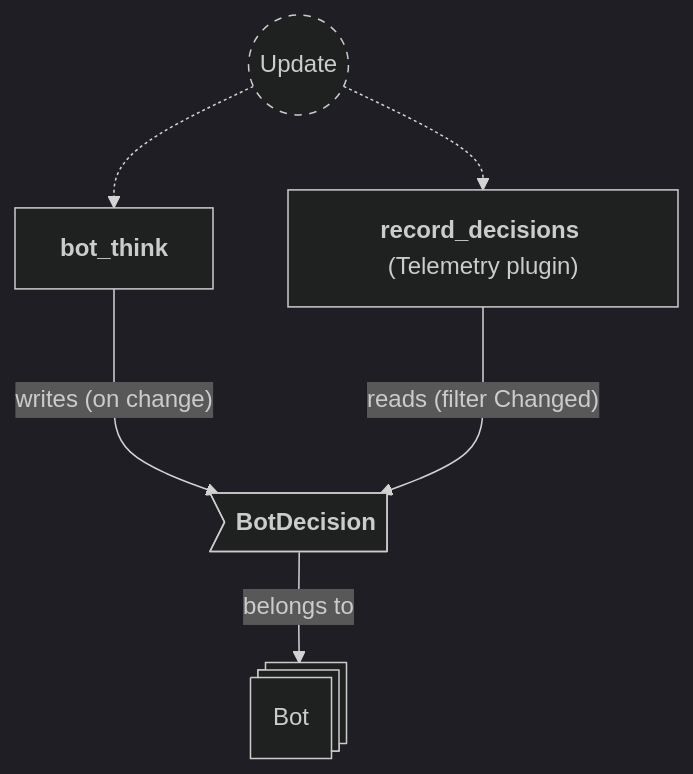
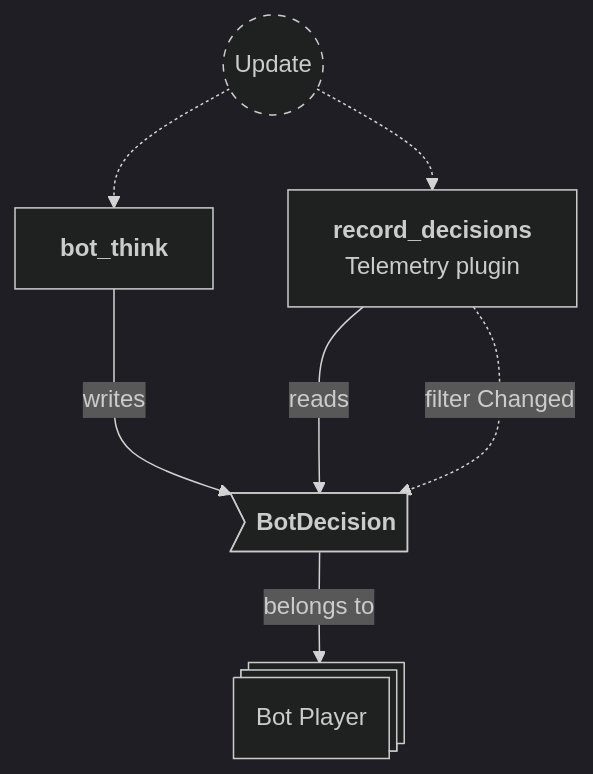
The tenth of 10 diagrams in backlog/docs/doc-20 - 018-Bot-plugin.md (neurosoup/tyled), drawn with Mermaid before and after one commit. The commit also changed other lines of this file, not shown here.

Commit message:
Docs: update doc-20 bot plugin to code and simplify text

````diff
--- a/backlog/docs/doc-20 - 018-Bot-plugin.md
+++ b/backlog/docs/doc-20 - 018-Bot-plugin.md
@@ -365,23 +393,25 @@
 ```mermaid
 ---
 config:
   theme: dark
 ---
 
 flowchart TD
 classDef system-group stroke-dasharray: 5 5
 
 update(("`Update`")):::system-group
 bot_think["`**bot_think**`"]
-record_decisions["`**record_decisions** (Telemetry plugin)`"]
+record_decisions["`**record_decisions**
+Telemetry plugin`"]
 
 update -.-> bot_think
 update -.-> record_decisions
 
-bot_entity@{ shape: st-rect, label: "Bot" }
+bot_entity@{ shape: st-rect, label: "Bot Player" }
 
 be_decision>"`**BotDecision**`"] --> |belongs to| bot_entity
 
-bot_think ---> |"writes (on change)"| be_decision
-record_decisions ---> |"reads (filter Changed)"| be_decision
+bot_think ---> |writes| be_decision
+record_decisions ---> |reads| be_decision
+record_decisions -..-> |filter Changed| be_decision
 ```
````
